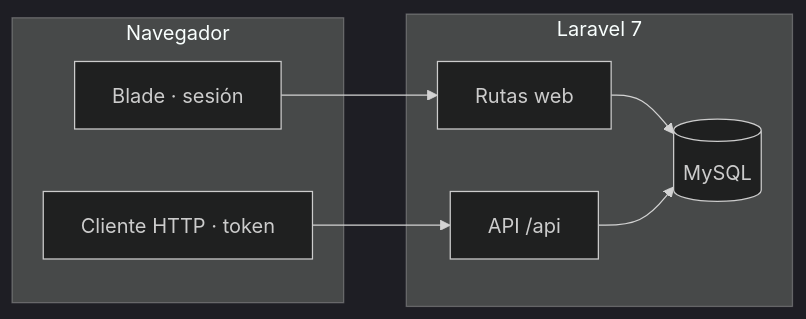
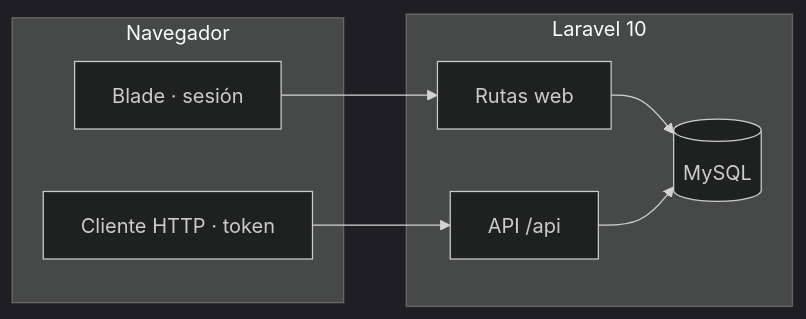
One commit to edisondja/EDA-SOCIAL changed the diagram in README.md. Above: the diagram before and after it, drawn with Mermaid (dark theme). The commit also changed other lines of this file, not shown here.

````diff
--- a/README.md
+++ b/README.md
@@ -73,16 +83,16 @@
 ```mermaid
 flowchart LR
   subgraph browser["Navegador"]
     B["Blade · sesión"]
     C["Cliente HTTP · token"]
   end
-  subgraph app["Laravel 7"]
+  subgraph app["Laravel 10"]
     W["Rutas web"]
     A["API /api"]
     M[(MySQL)]
   end
   B --> W
   C --> A
   W --> M
   A --> M
 ```
````
